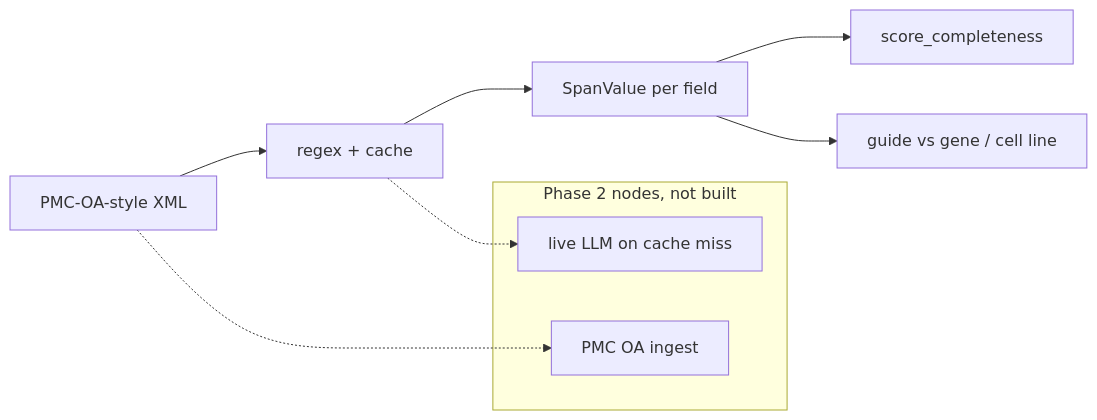
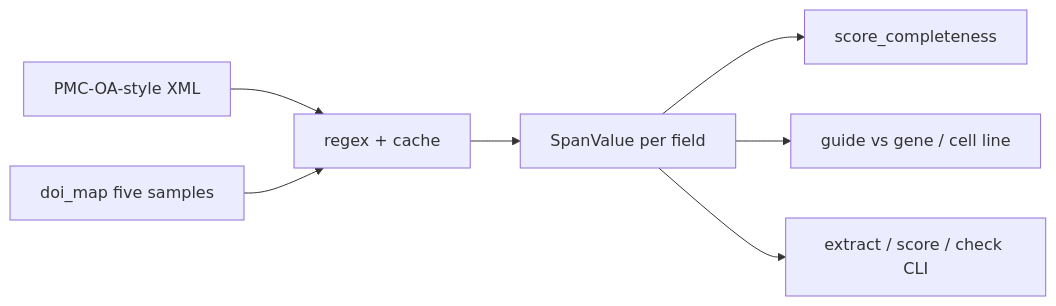
The diagram in README.md (TechieGoku2623/methods-audit), drawn with Mermaid before and after one commit. The commit also changed other lines of this file and 22 other files, not shown here.

First line of the commit message:
Phase 1-3: extract/score/check CLI, regex baseline, DOI map.

````diff
--- a/README.md
+++ b/README.md
@@ -148,13 +279,9 @@
 ```mermaid
 flowchart LR
     xml[PMC-OA-style XML] --> extract[regex + cache]
     extract --> fields[SpanValue per field]
     fields --> score[score_completeness]
     fields --> checks[guide vs gene / cell line]
-    subgraph later [Phase 2 nodes, not built]
-      llm[live LLM on cache miss]
-      pmc[PMC OA ingest]
-    end
-    xml -.-> pmc
-    extract -.-> llm
+    doi[doi_map five samples] --> extract
+    fields --> cli[extract / score / check CLI]
 ```
````
